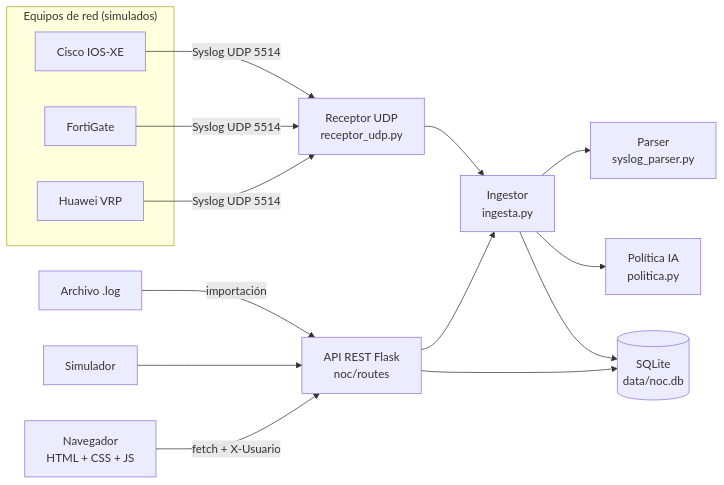
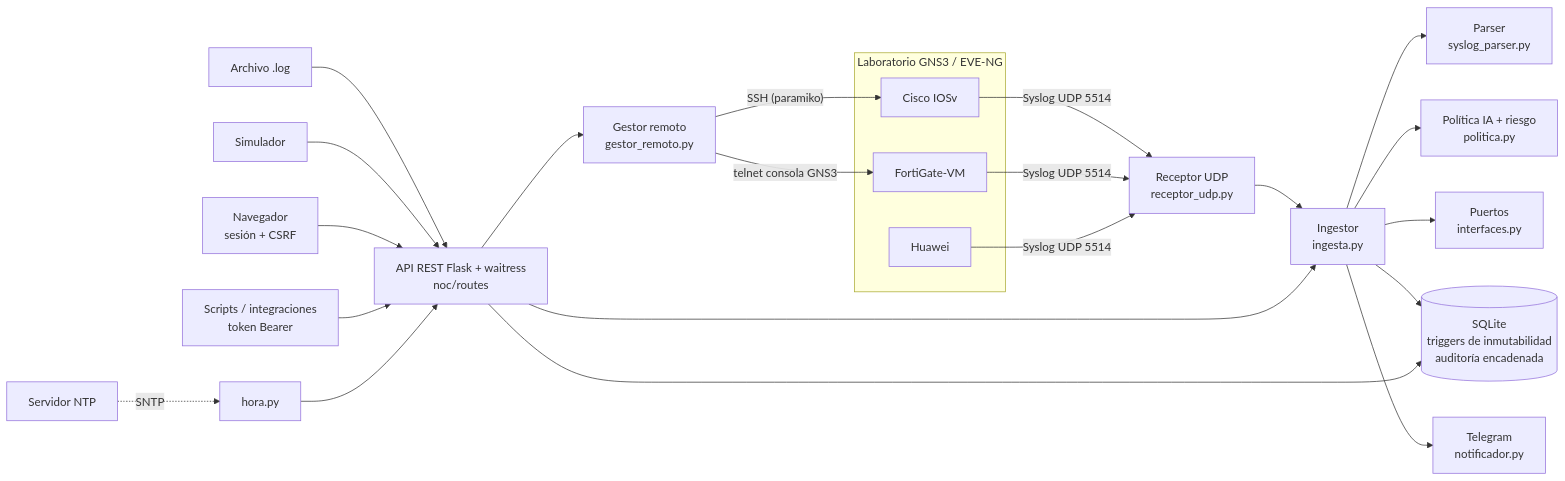
One commit to crisrodver8-ui/NOC-SYSLOG-Inteligente2 changed the first of 3 diagrams in docs/arquitectura.md. Above: the diagram before and after it, drawn with Mermaid. The commit also changed other lines of this file and 13 other files, not shown here.

````diff
--- a/docs/arquitectura.md
+++ b/docs/arquitectura.md
@@ -5,18 +5,26 @@
 ```mermaid
 flowchart LR
-    subgraph Red["Equipos de red (simulados)"]
-        C[Cisco IOS-XE]
-        F[FortiGate]
-        H[Huawei VRP]
+    subgraph LAB["Laboratorio GNS3 / EVE-NG"]
+        C[Cisco IOSv]
+        F[FortiGate-VM]
+        H[Huawei]
     end
     C & F & H -- "Syslog UDP 5514" --> R[Receptor UDP<br/>receptor_udp.py]
-    A[Archivo .log] -- importación --> API
+    A[Archivo .log] --> API
     S[Simulador] --> API
     R --> I
-    API[API REST Flask<br/>noc/routes] --> I[Ingestor<br/>ingesta.py]
+    API[API REST Flask + waitress<br/>noc/routes] --> I[Ingestor<br/>ingesta.py]
     I --> P[Parser<br/>syslog_parser.py]
-    I --> PO[Política IA<br/>politica.py]
-    I --> DB[(SQLite<br/>data/noc.db)]
+    I --> PO[Política IA + riesgo<br/>politica.py]
+    I --> IF[Puertos<br/>interfaces.py]
+    I --> DB[(SQLite<br/>triggers de inmutabilidad<br/>auditoría encadenada)]
+    I --> T[Telegram<br/>notificador.py]
     API --> DB
-    UI[Navegador<br/>HTML + CSS + JS] -- "fetch + X-Usuario" --> API
+    API --> G[Gestor remoto<br/>gestor_remoto.py]
+    G -- "SSH (paramiko)" --> C
+    G -- "telnet consola GNS3" --> F
+    UI[Navegador<br/>sesión + CSRF] --> API
+    EXT[Scripts / integraciones<br/>token Bearer] --> API
+    NTP[Servidor NTP] -. SNTP .-> HO[hora.py]
+    HO --> API
 ```
````
